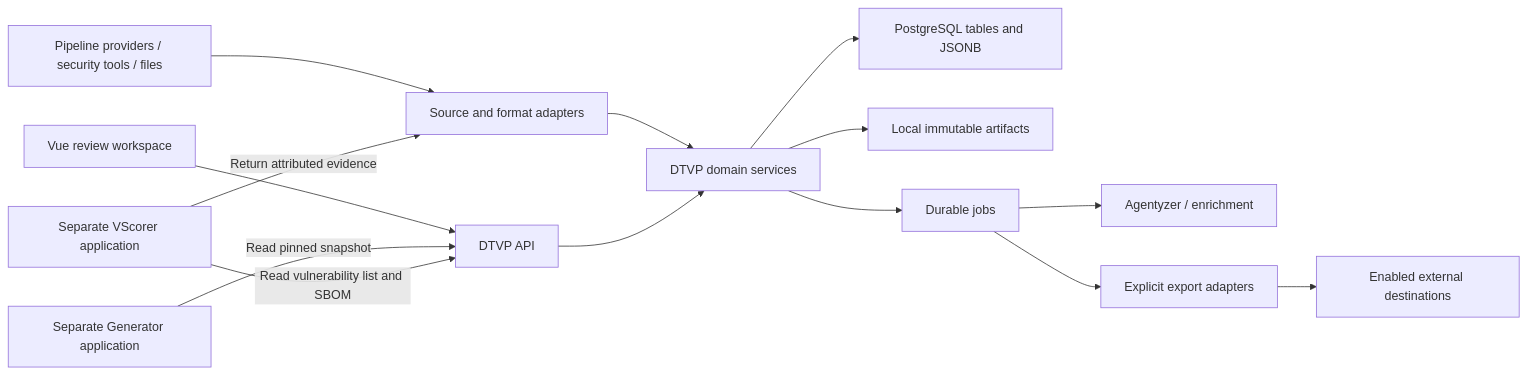
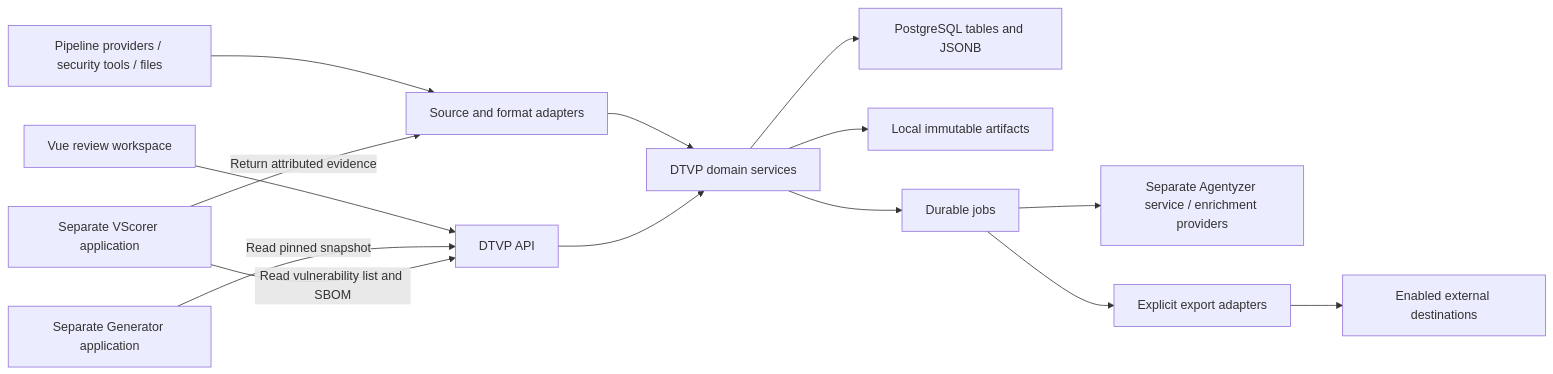
The diagram in docs/rewrite-plan.md (phbaer/dtvp), drawn with Mermaid before and after one commit. The commit also changed other lines of this file and 56 other files, not shown here.

````diff
--- a/docs/rewrite-plan.md
+++ b/docs/rewrite-plan.md
@@ -88,16 +125,16 @@
 ```mermaid
 flowchart LR
     Sources[Pipeline providers / security tools / files] --> Import[Source and format adapters]
     Import --> Core[DTVP domain services]
     UI[Vue review workspace] --> API[DTVP API]
     API --> Core
     Core --> DB[PostgreSQL tables and JSONB]
     Core --> Files[Local immutable artifacts]
     Core --> Jobs[Durable jobs]
-    Jobs --> Analysis[Agentyzer / enrichment]
+    Jobs --> Analysis[Separate Agentyzer service / enrichment providers]
     Generator[Separate Generator application] -->|Read pinned snapshot| API
     VScorer[Separate VScorer application] -->|Read vulnerability list and SBOM| API
     VScorer -->|Return attributed evidence| Import
     Jobs --> Export[Explicit export adapters]
     Export --> Targets[Enabled external destinations]
 ```
````
